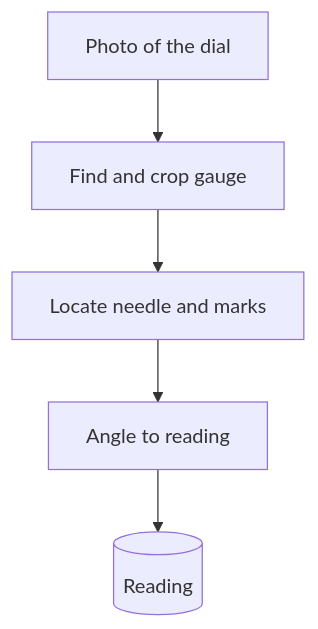
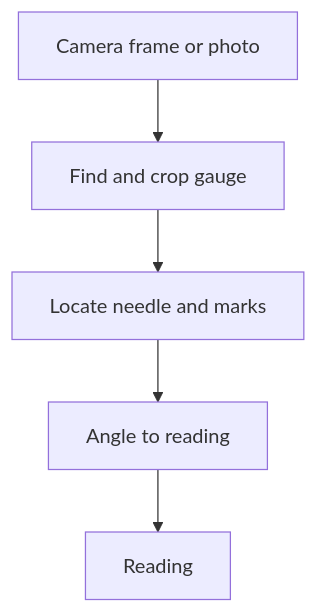
One commit to Mohanad1st/watereye-showcase changed the diagram in README.md. Above: the diagram before and after it, drawn with Mermaid. The commit also changed other lines of this file and 1 other file, not shown here.

````diff
--- a/README.md
+++ b/README.md
@@ -26,9 +24,9 @@
 ```mermaid
 flowchart TD
   accTitle: How a gauge photo becomes a reading
-  accDescr: An operator or a site camera photographs a dial, the system finds and crops each gauge, locates the needle and scale marks, and converts the needle angle into a reading.
-  A[Photo of the dial] --> B[Find and crop gauge]
+  accDescr: A site camera frame is scanned for gauges and each one is cropped, or a phone photo of a single dial is read directly; the needle and scale marks are located and the needle angle becomes a reading.
+  A[Camera frame or photo] --> B[Find and crop gauge]
   B --> C[Locate needle and marks]
   C --> D[Angle to reading]
-  D --> E[(Reading)]
+  D --> E[Reading]
 ```
````
